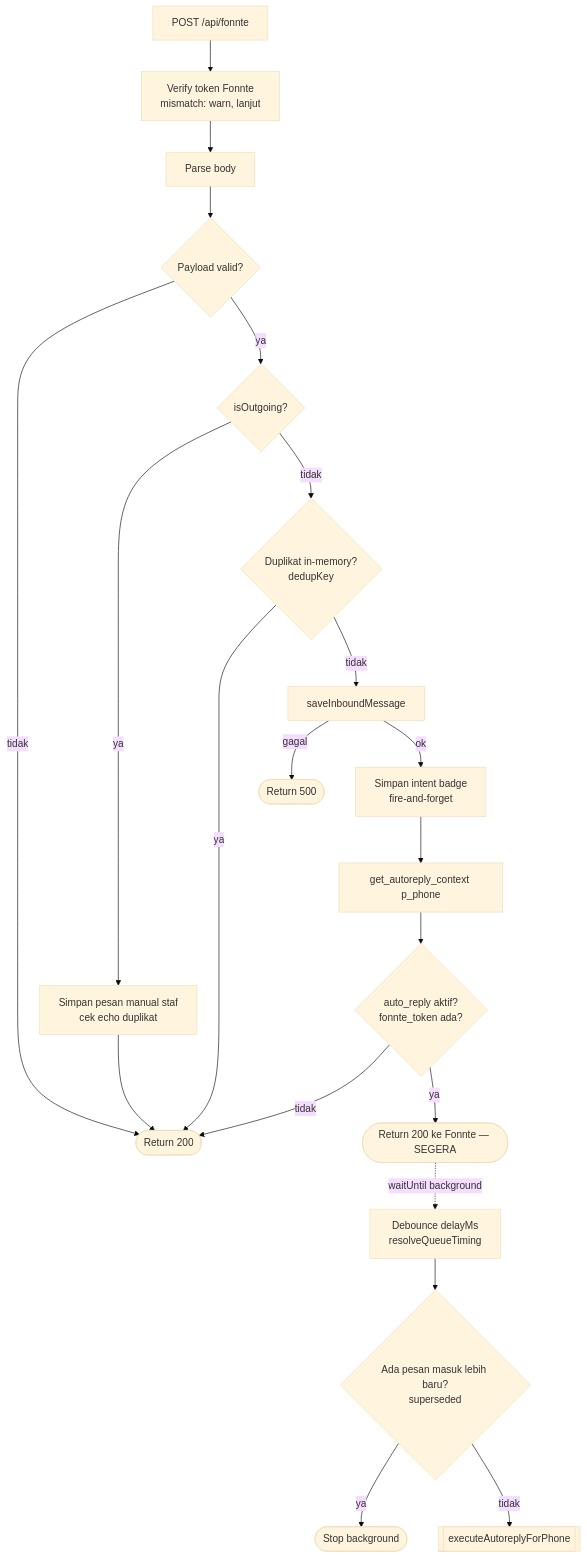
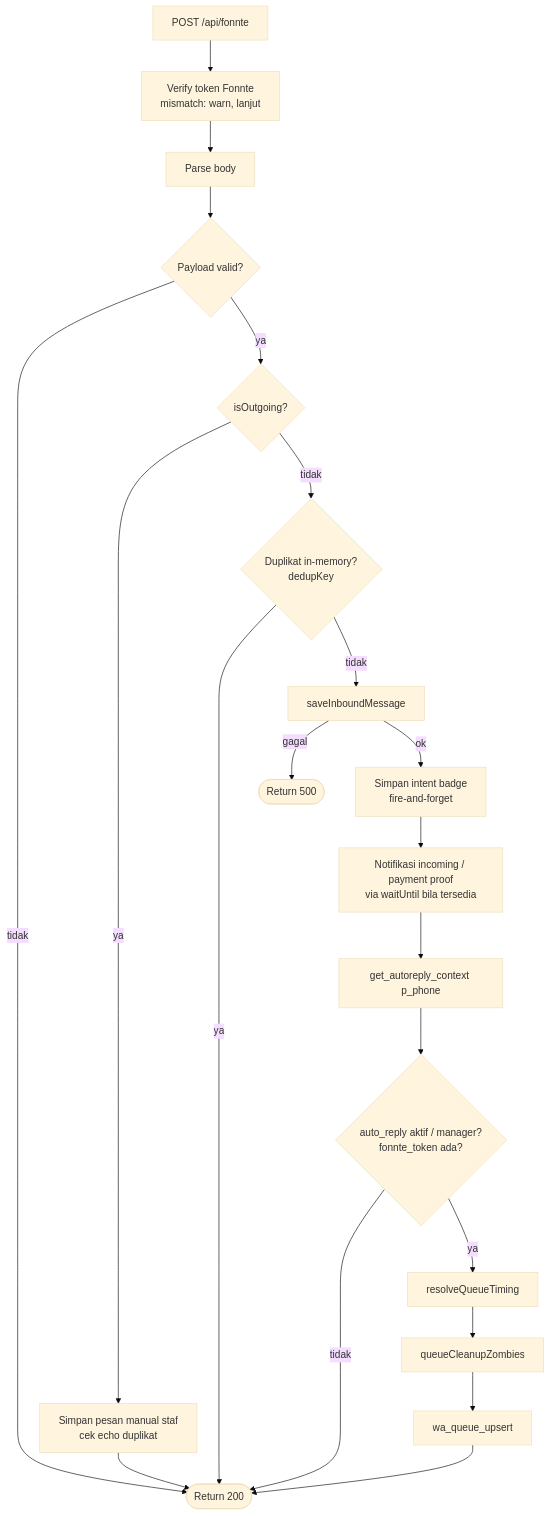
The first of 6 diagrams in docs/chatbot-flow.md (pomahguesthouse-cyber/new-pomah), drawn with Mermaid (base theme) before and after one commit. The commit also changed other lines of this file, not shown here.

Commit message:
docs: align chatbot flow with queue pipeline

````diff
--- a/docs/chatbot-flow.md
+++ b/docs/chatbot-flow.md
@@ -16,22 +16,22 @@
 ```mermaid
 flowchart TD
     A[POST /api/fonnte] --> B[Verify token Fonnte<br/>mismatch: warn, lanjut]
     B --> C[Parse body]
     C --> D{Payload valid?}
     D -- tidak --> Z([Return 200])
     D -- ya --> E{isOutgoing?}
     E -- ya --> E1[Simpan pesan manual staf<br/>cek echo duplikat] --> Z
     E -- tidak --> F{Duplikat in-memory?<br/>dedupKey}
     F -- ya --> Z
     F -- tidak --> G[saveInboundMessage]
     G -- gagal --> ERR([Return 500])
     G -- ok --> H[Simpan intent badge<br/>fire-and-forget]
-    H --> I[get_autoreply_context p_phone]
-    I --> J{auto_reply aktif?<br/>fonnte_token ada?}
+    H --> N[Notifikasi incoming / payment proof<br/>via waitUntil bila tersedia]
+    N --> I[get_autoreply_context p_phone]
+    I --> J{auto_reply aktif / manager?<br/>fonnte_token ada?}
     J -- tidak --> Z
-    J -- ya --> R200([Return 200 ke Fonnte — SEGERA])
-    R200 -. waitUntil background .-> K[Debounce delayMs<br/>resolveQueueTiming]
-    K --> L{Ada pesan masuk lebih baru?<br/>superseded}
-    L -- ya --> STOP([Stop background])
-    L -- tidak --> M[[executeAutoreplyForPhone]]
+    J -- ya --> K[resolveQueueTiming]
+    K --> L[queueCleanupZombies]
+    L --> M[wa_queue_upsert]
+    M --> Z
 ```
````
